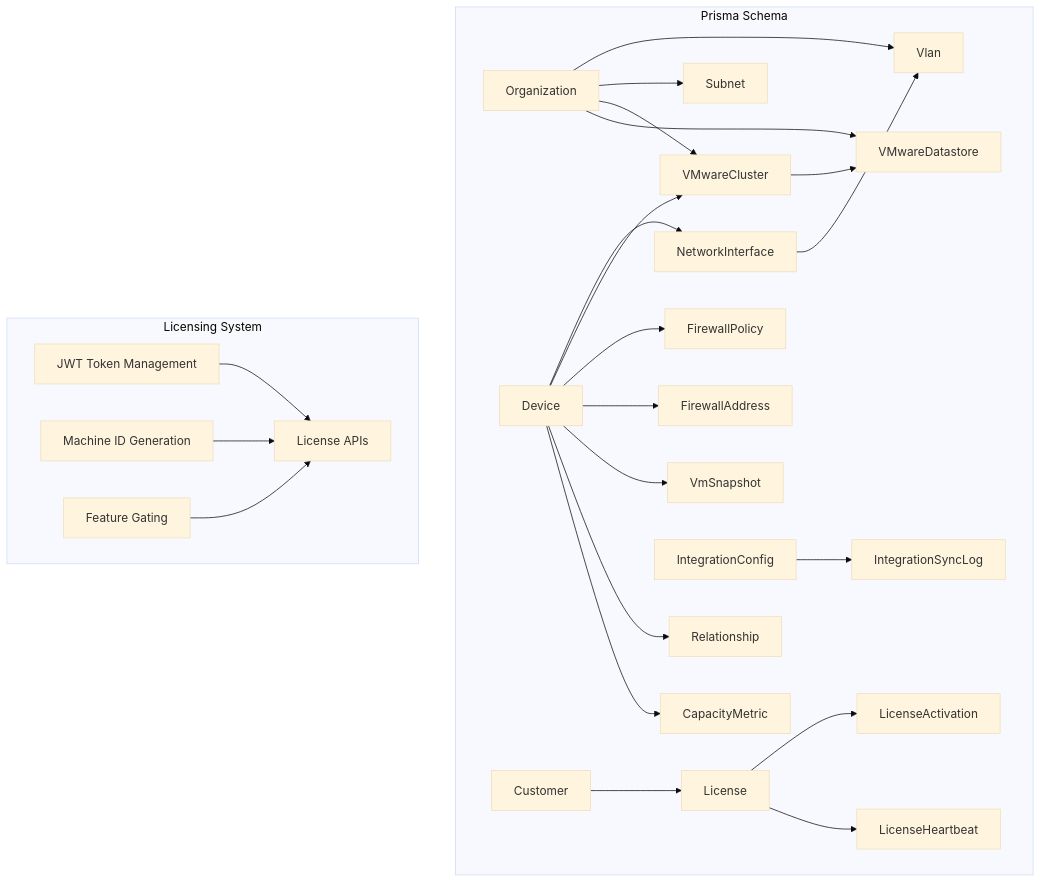
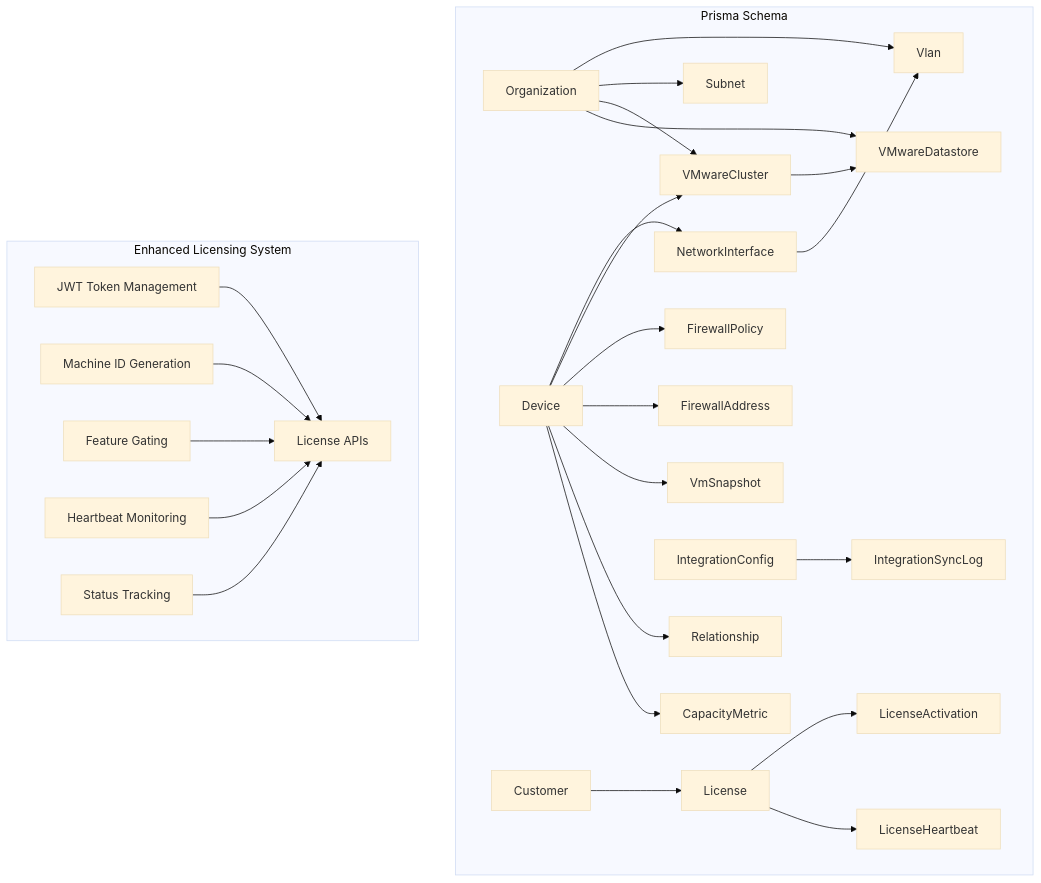
The first of 17 diagrams in .qoder/repowiki/en/content/Database Schema & Models/Enterprise Features.md (celebigilfatih/infrascope), drawn with Mermaid (base theme) before and after one commit. The commit also changed other lines of this file and 13 other files, not shown here.

````diff
--- a/.qoder/repowiki/en/content/Database Schema & Models/Enterprise Features.md
+++ b/.qoder/repowiki/en/content/Database Schema & Models/Enterprise Features.md
@@ -53,49 +56,53 @@
 ```mermaid
 graph TB
 subgraph "Prisma Schema"
 ORG["Organization"]
 DEV["Device"]
 NI["NetworkInterface"]
 VLAN["Vlan"]
 SUB["Subnet"]
 FPOL["FirewallPolicy"]
 FADDR["FirewallAddress"]
 CLU["VMwareCluster"]
 DS["VMwareDatastore"]
 CM["CapacityMetric"]
 SNAP["VmSnapshot"]
 REL["Relationship"]
 ICONF["IntegrationConfig"]
 ISLOG["IntegrationSyncLog"]
 CUST["Customer"]
 LIC["License"]
 LACT["LicenseActivation"]
 LHB["LicenseHeartbeat"]
 end
-subgraph "Licensing System"
+subgraph "Enhanced Licensing System"
 JWT["JWT Token Management"]
 MID["Machine ID Generation"]
 FS["Feature Gating"]
 API["License APIs"]
+HB["Heartbeat Monitoring"]
+STATUS["Status Tracking"]
 end
 ORG --> VLAN
 ORG --> SUB
 ORG --> CLU
 ORG --> DS
 DEV --> NI
 NI --> VLAN
 DEV --> CLU
 DEV --> FPOL
 DEV --> FADDR
 CLU --> DS
 DEV --> SNAP
 DEV --> REL
 DEV --> CM
 ICONF --> ISLOG
 CUST --> LIC
 LIC --> LACT
 LIC --> LHB
 JWT --> API
 MID --> API
 FS --> API
+HB --> API
+STATUS --> API
 ```
````
